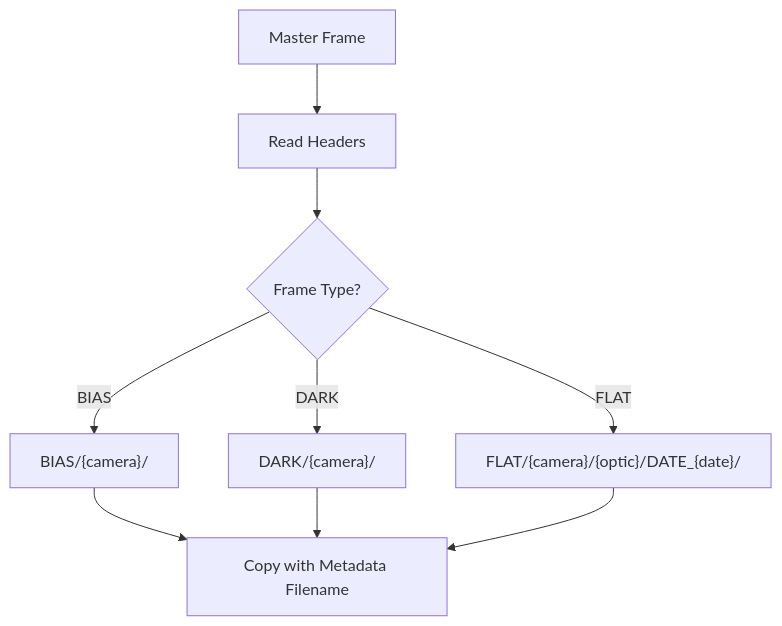
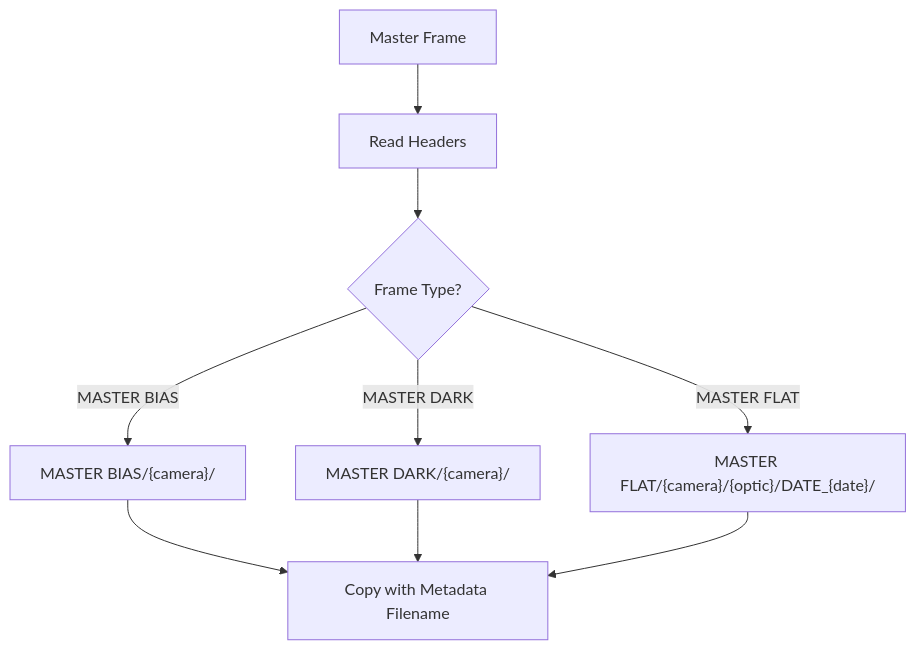
Before and after one commit to jewzaam/ap-base: the diagram in docs/tools/ap-move-calibration.md, drawn with Mermaid. The commit also changed other lines of this file and 6 other files, not shown here.

````diff
--- a/docs/tools/ap-move-calibration.md
+++ b/docs/tools/ap-move-calibration.md
@@ -52,13 +52,13 @@
 ```mermaid
 flowchart TB
     FILE[Master Frame] --> READ[Read Headers]
     READ --> TYPE{Frame Type?}
 
-    TYPE -->|BIAS| BIAS_PATH["BIAS/{camera}/"]
-    TYPE -->|DARK| DARK_PATH["DARK/{camera}/"]
-    TYPE -->|FLAT| FLAT_PATH["FLAT/{camera}/{optic}/DATE_{date}/"]
+    TYPE -->|MASTER BIAS| BIAS_PATH["MASTER BIAS/{camera}/"]
+    TYPE -->|MASTER DARK| DARK_PATH["MASTER DARK/{camera}/"]
+    TYPE -->|MASTER FLAT| FLAT_PATH["MASTER FLAT/{camera}/{optic}/DATE_{date}/"]
 
     BIAS_PATH --> COPY[Copy with Metadata Filename]
     DARK_PATH --> COPY
     FLAT_PATH --> COPY
 ```
````
